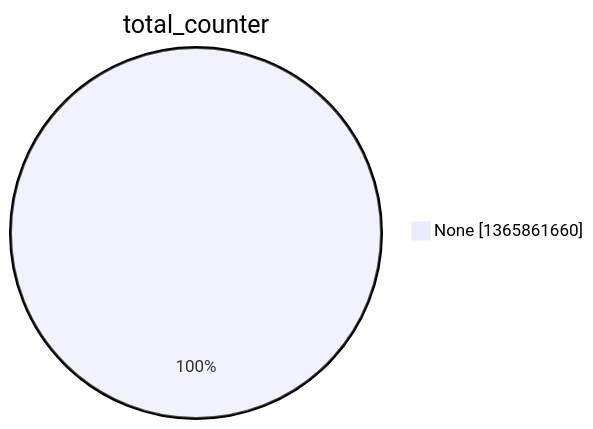
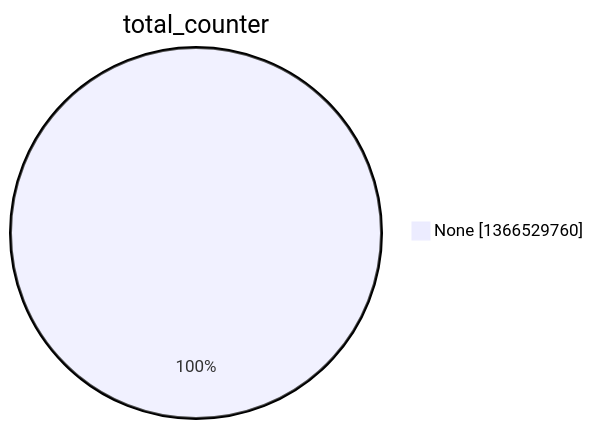
The second of 15 diagrams in argon2022/README.md (christiankrug/ctmonitor_visualization), drawn with Mermaid before and after one commit. The commit also changed other lines of this file, not shown here.

````diff
--- a/argon2022/README.md
+++ b/argon2022/README.md
@@ -9,5 +9,5 @@
 ```mermaid
 pie showData
 title total_counter
-"None" :1365861660
+"None" :1366529760
 ```
````
